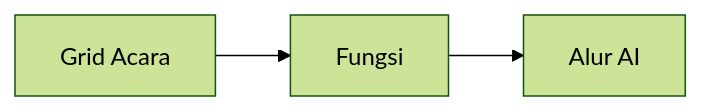
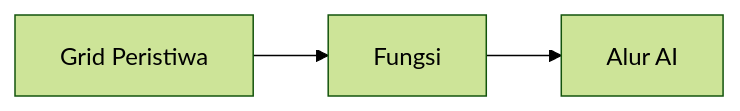
One commit to microsoft/AZD-for-beginners changed the second of 2 diagrams in translations/id/docs/chapter-08-production/README.md. Above: the diagram before and after it, drawn with Mermaid (forest theme). The commit also changed other lines of this file and 104 other files, not shown here.

````diff
--- a/translations/id/docs/chapter-08-production/README.md
+++ b/translations/id/docs/chapter-08-production/README.md
@@ -56,4 +57,4 @@
 ```mermaid
 graph LR
-    EventGrid[Grid Acara] --> Functions[Fungsi] --> Pipeline[Alur AI]
+    EventGrid[Grid Peristiwa] --> Functions[Fungsi] --> Pipeline[Alur AI]
 ```
````
